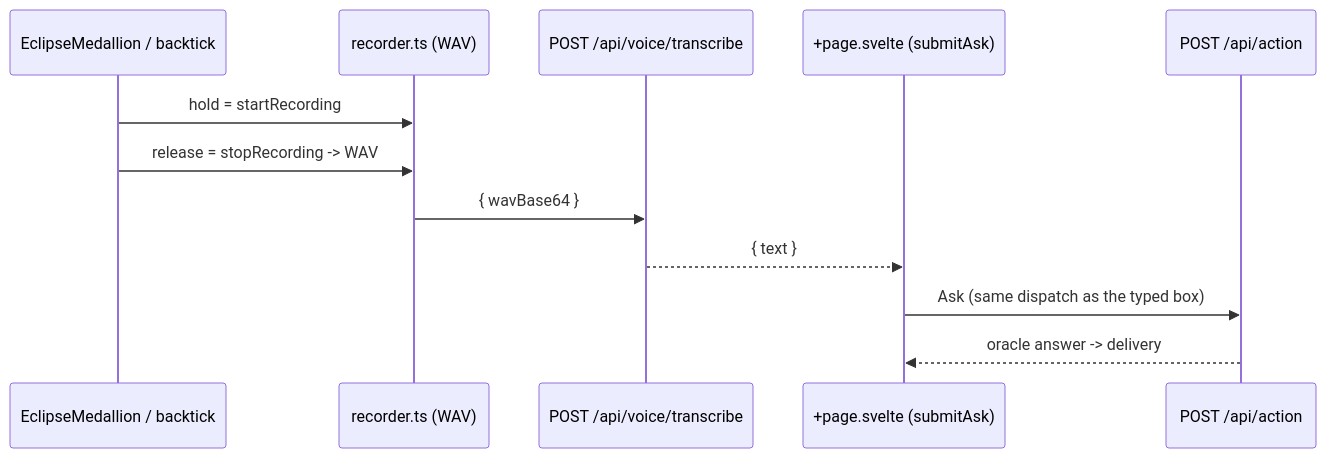
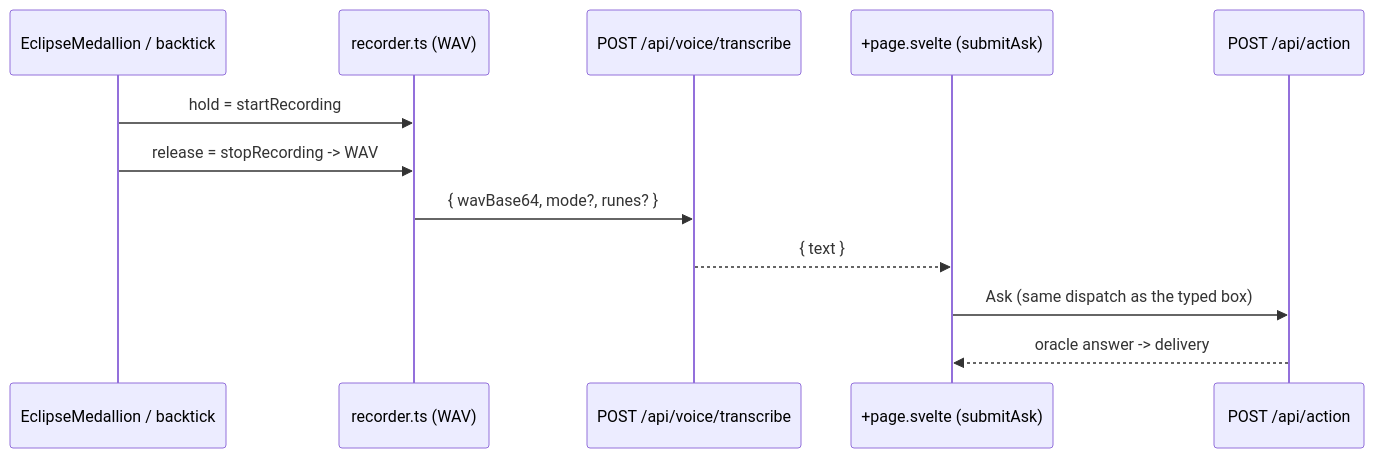
The fourth of 5 diagrams in docs/architecture.md (anchildress1/save-the-sun), drawn with Mermaid before and after one commit. The commit also changed other lines of this file and 2 other files, not shown here.

First line of the commit message:
docs: correct architecture and copy drift the doc audit surfaced

````diff
--- a/docs/architecture.md
+++ b/docs/architecture.md
@@ -156,18 +159,18 @@
 ```mermaid
 sequenceDiagram
     accTitle: Voice input - push-to-talk to a transcribed Ask
     accDescr: Holding the medallion or the backtick key records a WAV; release posts it to the transcribe route, which returns text; the page runs that text through the same Ask pipeline as the typed box.
 
     participant Medallion as EclipseMedallion / backtick
     participant Rec as recorder.ts (WAV)
     participant STT as POST /api/voice/transcribe
     participant Page as +page.svelte (submitAsk)
     participant Action as POST /api/action
 
     Medallion->>Rec: hold = startRecording
     Medallion->>Rec: release = stopRecording -> WAV
-    Rec->>STT: { wavBase64 }
+    Rec->>STT: { wavBase64, mode?, runes? }
     STT-->>Page: { text }
     Page->>Action: Ask (same dispatch as the typed box)
     Action-->>Page: oracle answer -> delivery
 ```
````
